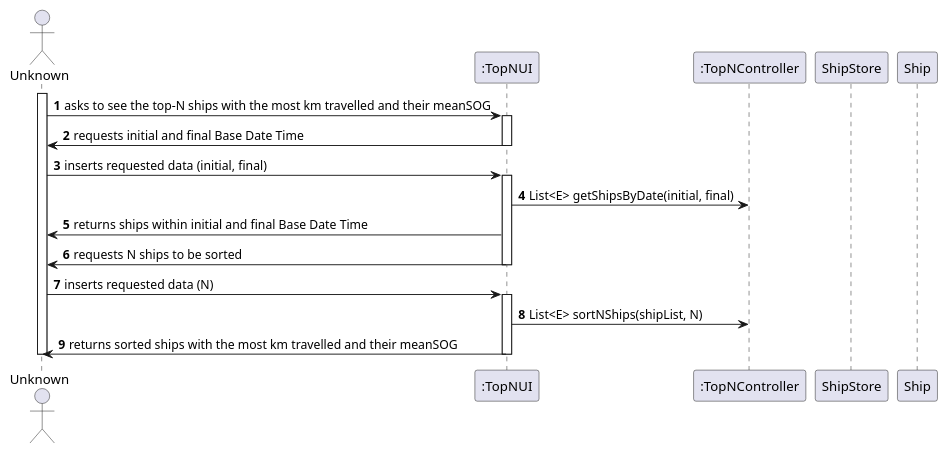
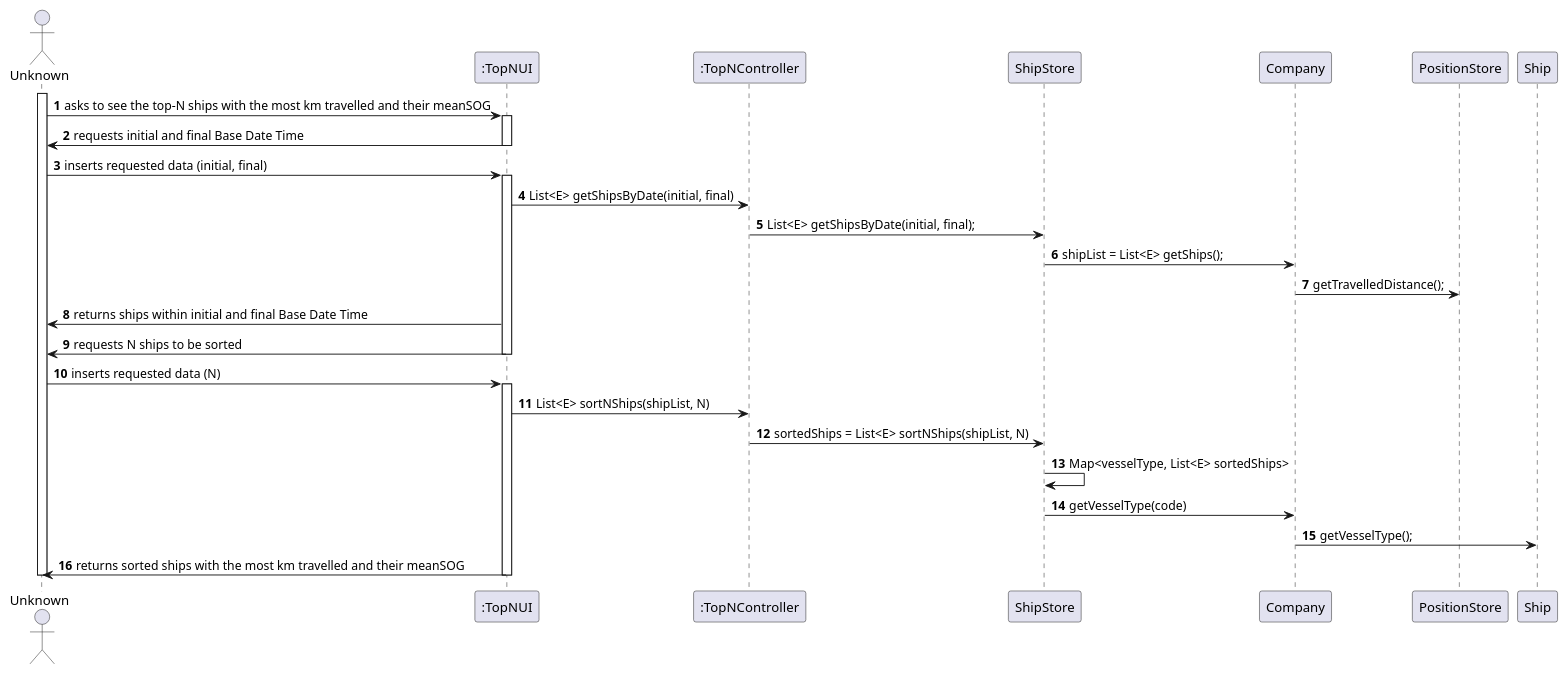
One commit to ana-albergaria/LAPR3-ISEP changed the diagram in docs/US106/US106_SD.puml. Above: the diagram before and after it, drawn with PlantUML. The commit also changed 7 other files, not shown here.

```diff
--- a/docs/US106/US106_SD.puml
+++ b/docs/US106/US106_SD.puml
@@ -1,35 +1,44 @@
 @startuml
 autonumber
 'hide footbox
 actor "Unknown" as ADM
 
 participant ":TopNUI" as UI
 participant ":TopNController" as CTRL
 participant "ShipStore" as STORE
+participant "Company" as COMP
+participant "PositionStore" as POSITION
 participant "Ship" as SHIP
 
 
 activate ADM
 ADM -> UI : asks to see the top-N ships with the most km travelled and their meanSOG
 activate UI
 UI -> ADM : requests initial and final Base Date Time
 deactivate UI
 
 ADM -> UI : inserts requested data (initial, final)
 activate UI
 UI -> CTRL : List<E> getShipsByDate(initial, final)
+CTRL -> STORE : List<E> getShipsByDate(initial, final);
+STORE -> COMP : shipList = List<E> getShips();
+COMP -> POSITION : getTravelledDistance();
 UI -> ADM : returns ships within initial and final Base Date Time
 UI -> ADM : requests N ships to be sorted
 deactivate UI
 
 ADM -> UI : inserts requested data (N)
 activate UI
 UI -> CTRL : List<E> sortNShips(shipList, N)
+CTRL -> STORE : sortedShips = List<E> sortNShips(shipList, N)
+STORE -> STORE : Map<vesselType, List<E> sortedShips>
+STORE -> COMP : getVesselType(code)
+COMP -> SHIP : getVesselType();
 UI -> ADM : returns sorted ships with the most km travelled and their meanSOG
 deactivate UI
 
 
 
 
 deactivate ADM
 @enduml
```
